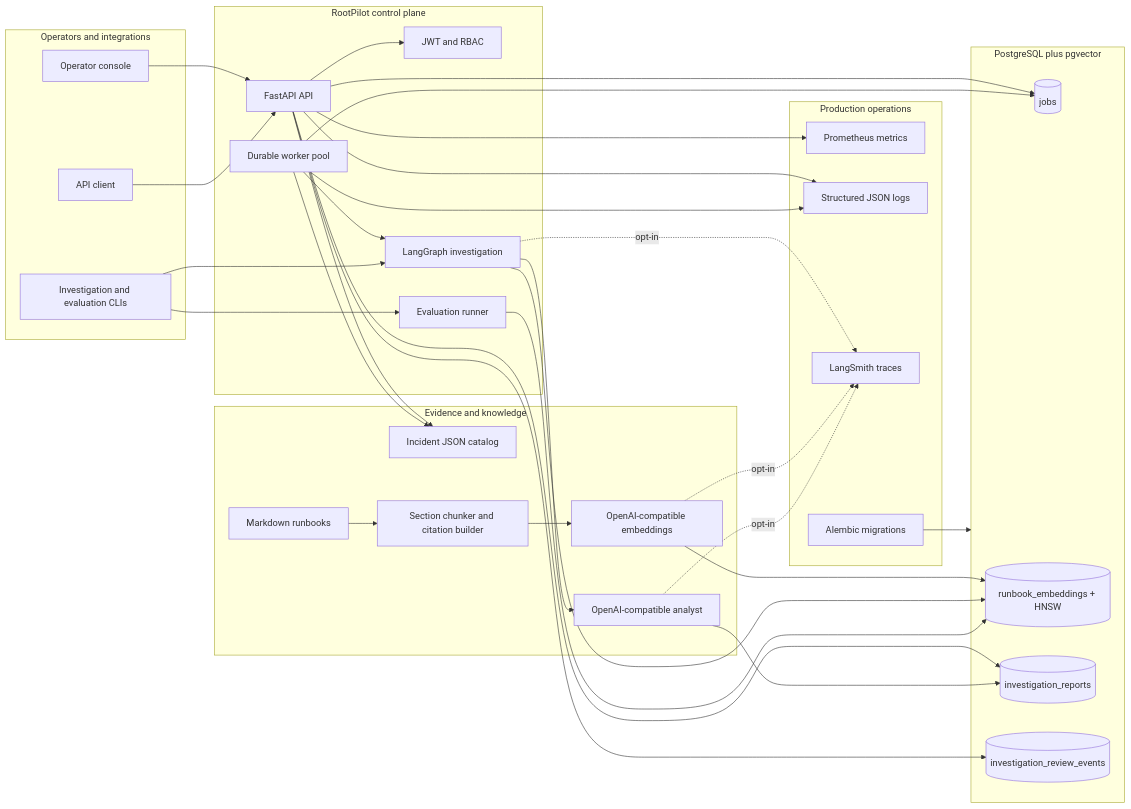
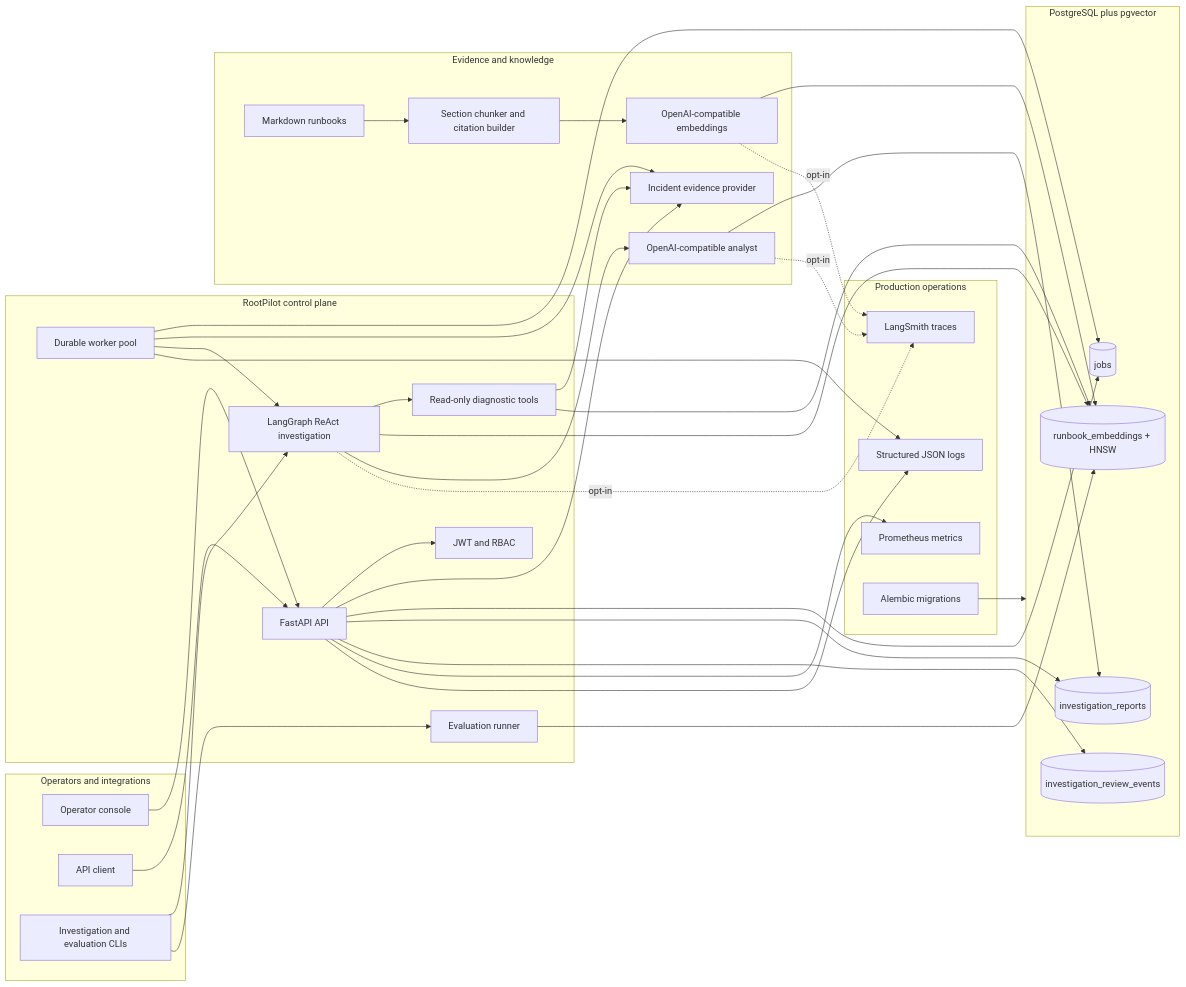
The first of 5 diagrams in README.md (shreyas671/RootPilot), drawn with Mermaid before and after one commit. The commit also changed other lines of this file and 39 other files, not shown here.

Commit message:
Implement bounded ReAct incident investigations

````diff
--- a/README.md
+++ b/README.md
@@ -139,65 +144,69 @@
 ```mermaid
 flowchart LR
     subgraph Users[Operators and integrations]
         UI[Operator console]
         CLIENT[API client]
         CLI[Investigation and evaluation CLIs]
     end
 
     subgraph Control[RootPilot control plane]
         API[FastAPI API]
         AUTH[JWT and RBAC]
         WORKER[Durable worker pool]
-        GRAPH[LangGraph investigation]
+        GRAPH[LangGraph ReAct investigation]
+        TOOLS[Read-only diagnostic tools]
         EVAL[Evaluation runner]
     end
 
     subgraph Knowledge[Evidence and knowledge]
-        INCIDENTS[Incident JSON catalog]
+        INCIDENTS[Incident evidence provider]
         RUNBOOKS[Markdown runbooks]
         CHUNKS[Section chunker and citation builder]
         EMBED[OpenAI-compatible embeddings]
         ANALYST[OpenAI-compatible analyst]
     end
 
     subgraph Data[PostgreSQL plus pgvector]
         JOBS[(jobs)]
         VECTORS[(runbook_embeddings + HNSW)]
         REPORTS[(investigation_reports)]
         EVENTS[(investigation_review_events)]
     end
 
     subgraph Ops[Production operations]
         METRICS[Prometheus metrics]
         LOGS[Structured JSON logs]
         TRACES[LangSmith traces]
         MIGRATIONS[Alembic migrations]
     end
 
     UI --> API
     CLIENT --> API
     API --> AUTH
     API --> INCIDENTS
     API --> JOBS
     API --> REPORTS
     API --> EVENTS
     WORKER --> JOBS
     WORKER --> INCIDENTS
     RUNBOOKS --> CHUNKS
     CHUNKS --> EMBED
     EMBED --> VECTORS
     WORKER --> GRAPH
+    GRAPH --> TOOLS
+    TOOLS --> INCIDENTS
+    TOOLS --> VECTORS
     GRAPH --> VECTORS
     GRAPH --> ANALYST
     ANALYST --> REPORTS
     CLI --> GRAPH
     CLI --> EVAL
     EVAL --> VECTORS
     API --> METRICS
     API --> LOGS
     WORKER --> LOGS
     GRAPH -. opt-in .-> TRACES
     EMBED -. opt-in .-> TRACES
     ANALYST -. opt-in .-> TRACES
     MIGRATIONS --> Data
 ```
````
